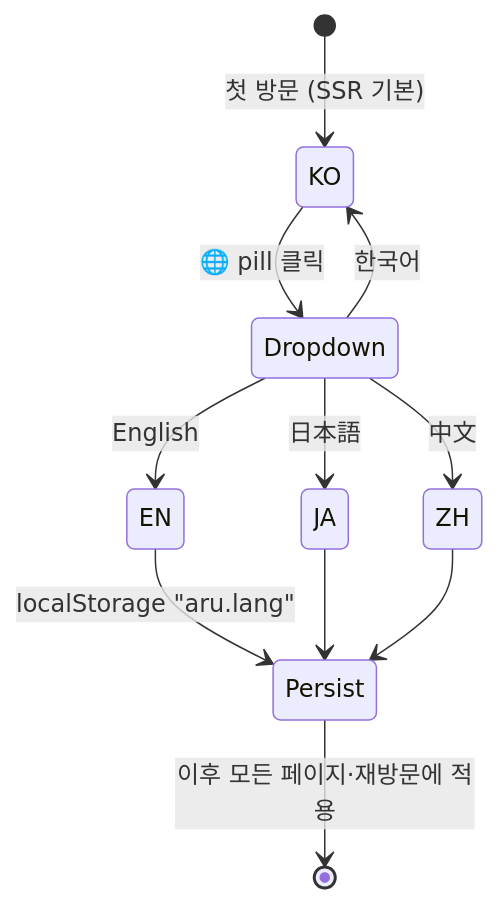
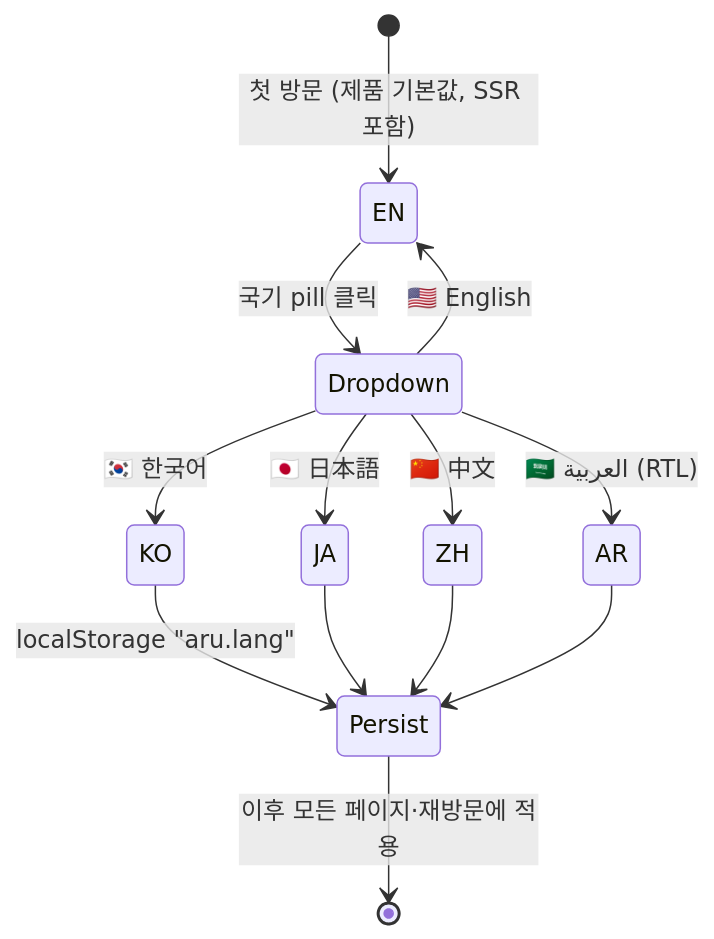
The second of 3 diagrams in docs/i18n-ux-flow.md (seonkistall/aru), drawn with Mermaid before and after one commit. The commit also changed other lines of this file and 12 other files, not shown here.

First line of the commit message:
fix: polish Arabic RTL surface and English-default consistency

````diff
--- a/docs/i18n-ux-flow.md
+++ b/docs/i18n-ux-flow.md
@@ -29,13 +29,15 @@
 ```mermaid
 stateDiagram-v2
-    [*] --> KO : 첫 방문 (SSR 기본)
-    KO --> Dropdown : 🌐 pill 클릭
-    Dropdown --> EN : English
-    Dropdown --> JA : 日本語
-    Dropdown --> ZH : 中文
-    Dropdown --> KO : 한국어
-    EN --> Persist : localStorage "aru.lang"
+    [*] --> EN : 첫 방문 (제품 기본값, SSR 포함)
+    EN --> Dropdown : 국기 pill 클릭
+    Dropdown --> KO : 🇰🇷 한국어
+    Dropdown --> JA : 🇯🇵 日本語
+    Dropdown --> ZH : 🇨🇳 中文
+    Dropdown --> AR : 🇸🇦 العربية (RTL)
+    Dropdown --> EN : 🇺🇸 English
+    KO --> Persist : localStorage "aru.lang"
     JA --> Persist
     ZH --> Persist
+    AR --> Persist
     Persist --> [*] : 이후 모든 페이지·재방문에 적용
 ```
````
